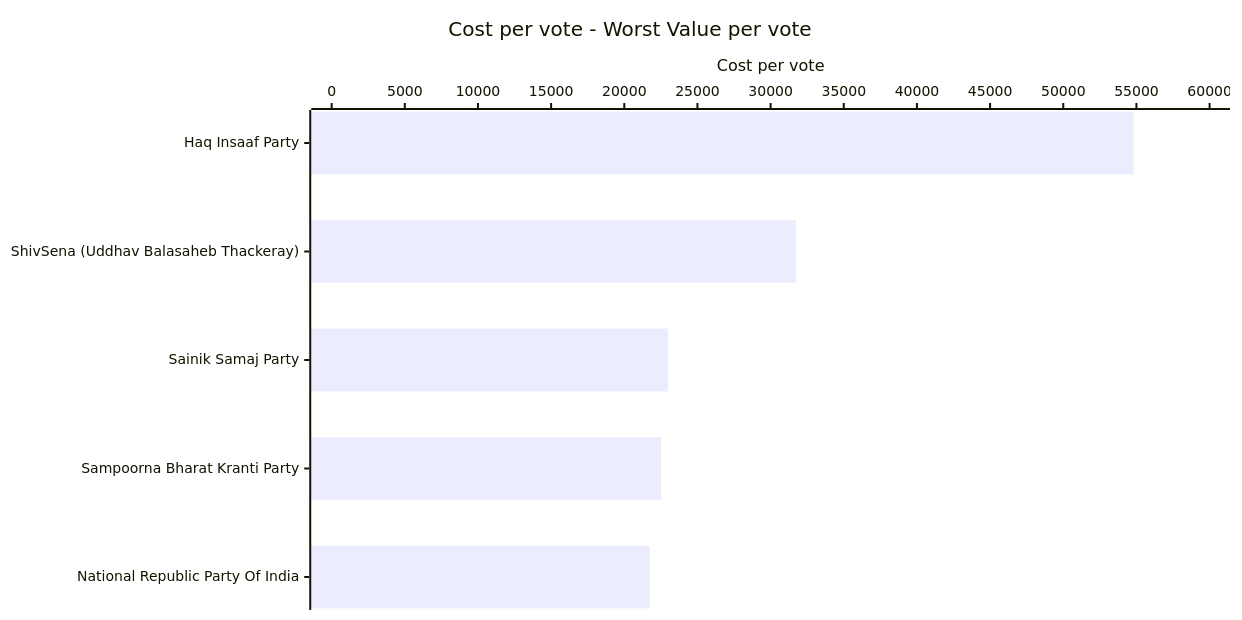
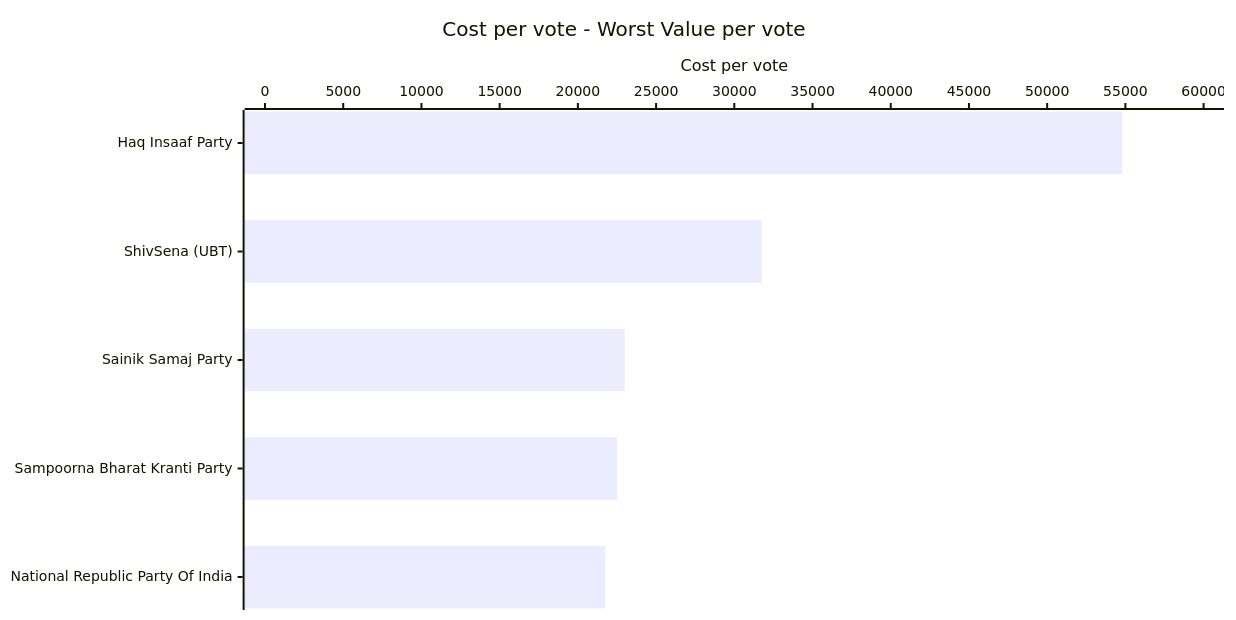
Diagram 19 of 19 in J&K-GRAPH.md (arjunswaj/elections), drawn with Mermaid before and after one commit. The commit also changed other lines of this file, not shown here.

Commit message:
Update the graph titles

````diff
--- a/J&K-GRAPH.md
+++ b/J&K-GRAPH.md
@@ -367,14 +367,14 @@
 ```mermaid
 ---
 config:
     xyChart:
         width: 1200
         height: 600
         chartOrientation: horizontal
 ---
 xychart-beta
     title "Cost per vote - Worst Value per vote"
-    x-axis ["Haq Insaaf Party", "ShivSena (Uddhav Balasaheb Thackeray)", "Sainik Samaj Party", "Sampoorna Bharat Kranti Party", "National Republic Party Of India"]
+    x-axis ["Haq Insaaf Party", "ShivSena (UBT)", "Sainik Samaj Party", "Sampoorna Bharat Kranti Party", "National Republic Party Of India"]
     y-axis "Cost per vote" 0 --> 60000
     bar [54794.5205, 31746.0317, 22988.5057, 22514.0713, 21739.1304]
 ```
````
